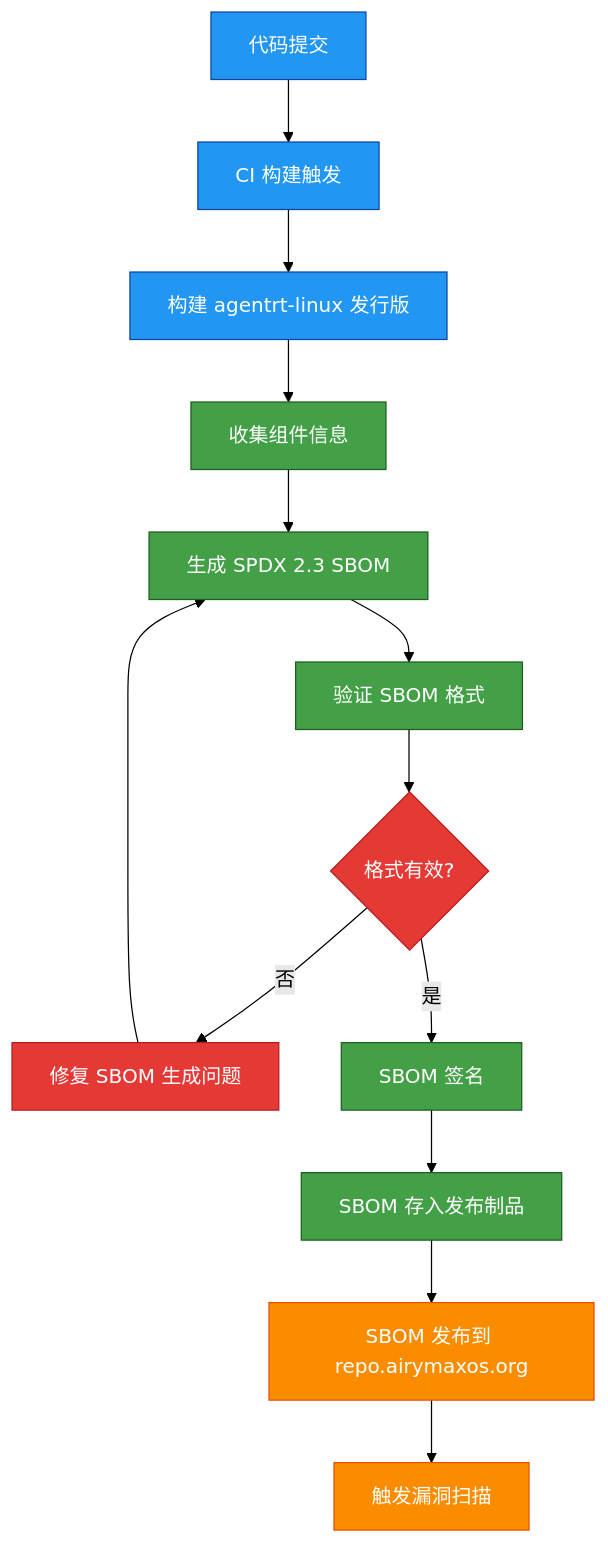
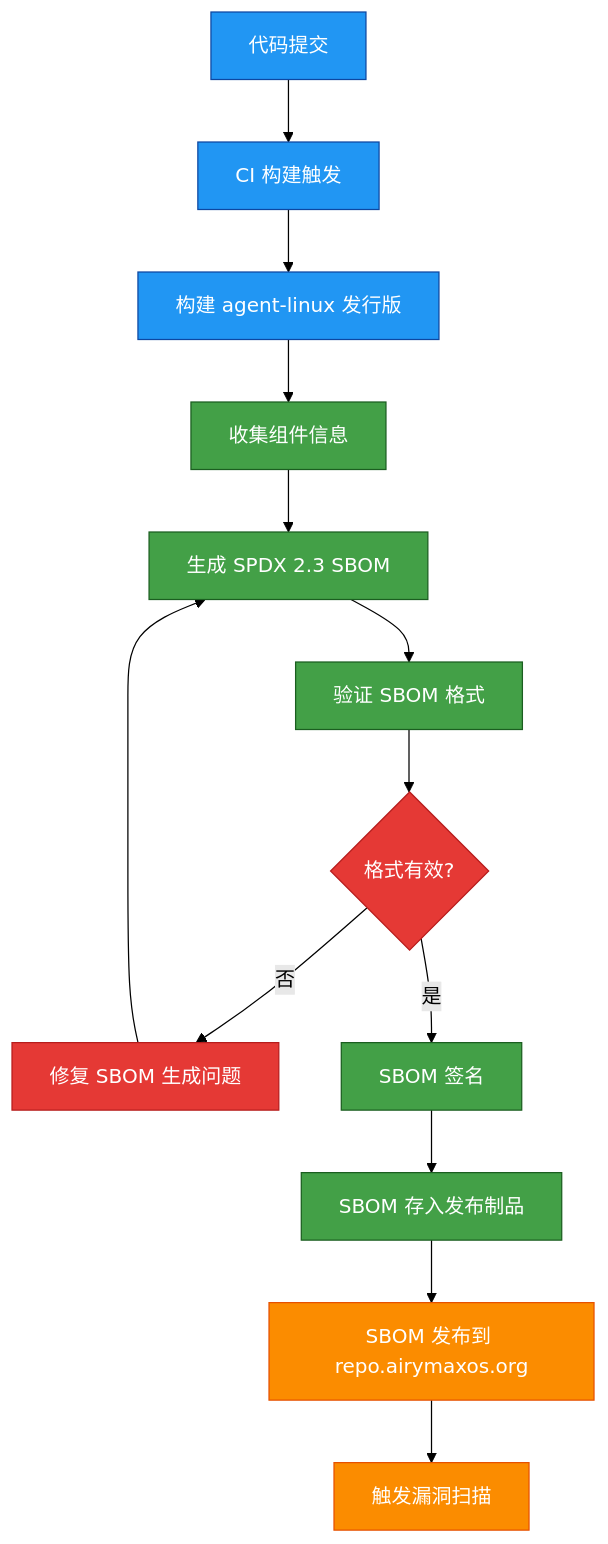
One commit to openairymax/docs-linux changed the second of 7 diagrams in 50-engineering-standards/50-project-erp/project_erp.md. Above: the diagram before and after it, drawn with Mermaid (forest theme). The commit also changed other lines of this file and 172 other files, not shown here.

Commit message:
docs: rename agentrt-linux to agent-linux across docs v0.1.3 双工程结构：agentrt-linux 改名 agent-linux。docs 全仓 186 个 文件中的 agentrt-linux 引用统一为 agent-linux（AirymaxOS 工程名/ URL/路径引用；commit hash 与历史不变）。

````diff
--- a/50-engineering-standards/50-project-erp/project_erp.md
+++ b/50-engineering-standards/50-project-erp/project_erp.md
@@ -324,25 +324,25 @@
 ```mermaid
 graph TD
     A[代码提交] --> B[CI 构建触发]
-    B --> C[构建 agentrt-linux 发行版]
+    B --> C[构建 agent-linux 发行版]
     C --> D[收集组件信息]
     D --> E[生成 SPDX 2.3 SBOM]
     E --> F[验证 SBOM 格式]
     F --> G{格式有效?}
     G -->|否| H[修复 SBOM 生成问题]
     H --> E
     G -->|是| I[SBOM 签名]
     I --> J[SBOM 存入发布制品]
     J --> K[SBOM 发布到 repo.airymaxos.org]
     K --> L[触发漏洞扫描]
 
     classDef build fill:#2196f3,stroke:#0d47a1,color:#ffffff
     classDef sbom fill:#43a047,stroke:#1b5e20,color:#ffffff
     classDef error fill:#e53935,stroke:#b71c1c,color:#ffffff
     classDef release fill:#fb8c00,stroke:#e65100,color:#ffffff
 
     class A,B,C build
     class D,E,F,I,J sbom
     class G,H error
     class K,L release
 ```
````
